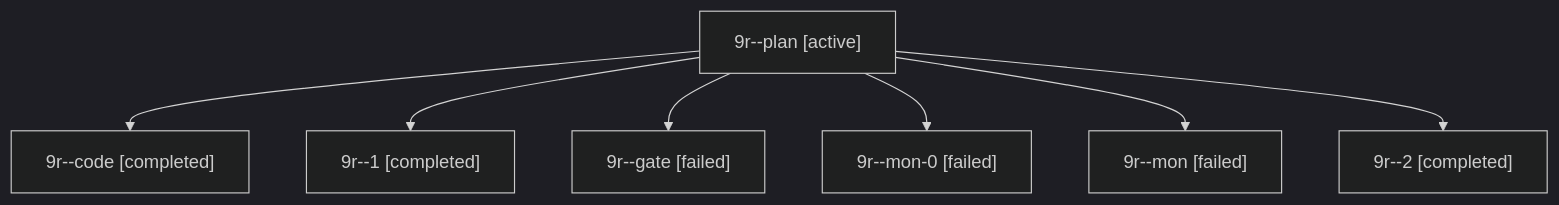
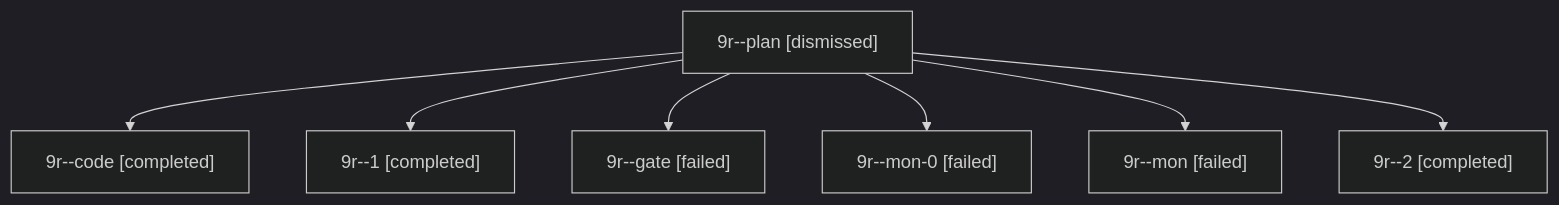
The diagram in sessions/bbugyi200.apollo.9r.md (sase-org/sase--agents), drawn with Mermaid (dark theme) before and after one commit. The commit also changed other lines of this file and 12 other files, not shown here.

````diff
--- a/sessions/bbugyi200.apollo.9r.md
+++ b/sessions/bbugyi200.apollo.9r.md
@@ -9,16 +9,16 @@
 ```mermaid
 flowchart TD
-  n0["9r--plan [active]"]
+  n0["9r--plan [dismissed]"]
   n1["9r--code [completed]"]
   n0 --> n1
   n2["9r--1 [completed]"]
   n0 --> n2
   n3["9r--gate [failed]"]
   n0 --> n3
   n4["9r--mon-0 [failed]"]
   n0 --> n4
   n5["9r--mon [failed]"]
   n0 --> n5
   n6["9r--2 [completed]"]
   n0 --> n6
 ```
````
